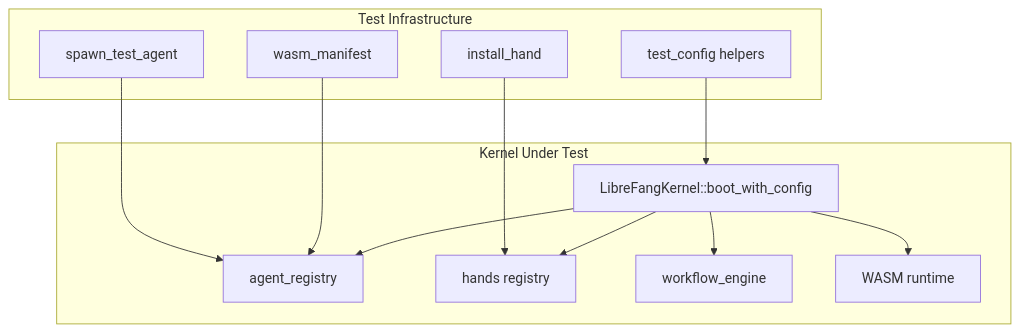
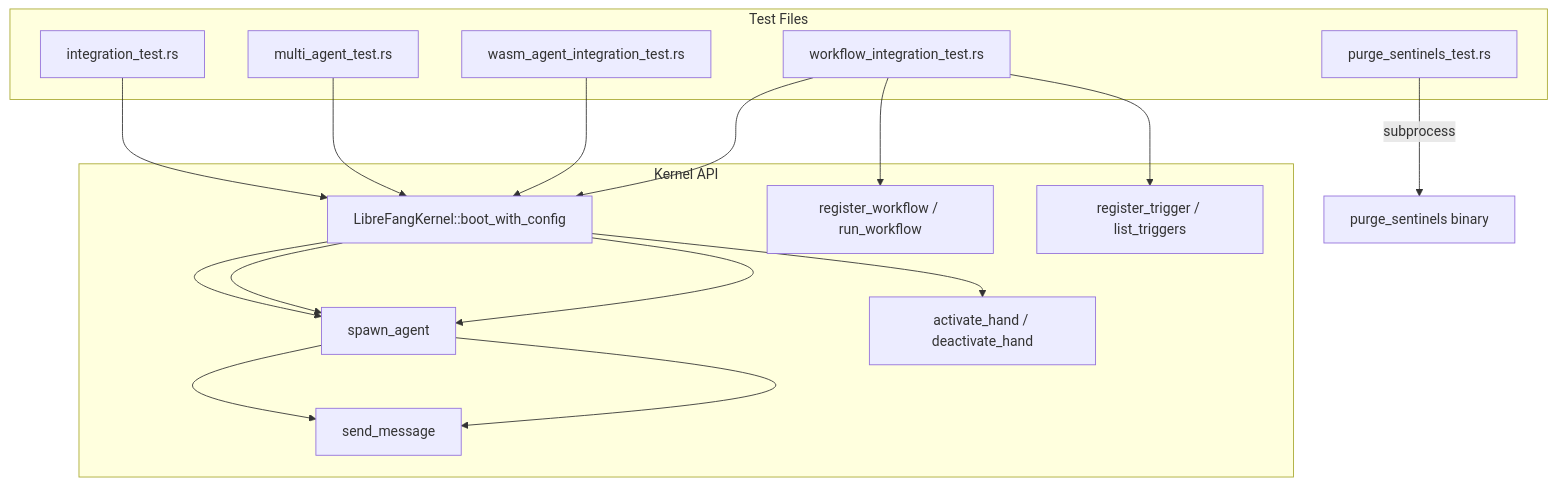
The diagram in other-librefang-kernel-tests.md (leszek3737/librefang-WIki), drawn with Mermaid before and after one commit. The commit also changed other lines of this file and 98 other files, not shown here.

````diff
--- a/other-librefang-kernel-tests.md
+++ b/other-librefang-kernel-tests.md
@@ -33,26 +41,27 @@
 ```mermaid
 graph TD
-    subgraph "Test Infrastructure"
-        TC[test_config helpers]
-        IH[install_hand]
-        WM[wasm_manifest]
-        STA[spawn_test_agent]
+    subgraph Test Files
+        IT[integration_test.rs]
+        MA[multi_agent_test.rs]
+        WA[wasm_agent_integration_test.rs]
+        WF[workflow_integration_test.rs]
+        PS[purge_sentinels_test.rs]
     end
 
-    subgraph "Kernel Under Test"
+    subgraph Kernel API
         KB[LibreFangKernel::boot_with_config]
-        AR[agent_registry]
-        HR[hands registry]
-        WE[workflow_engine]
-        WA[WASM runtime]
+        SA[spawn_agent]
+        SM[send_message]
+        AH[activate_hand / deactivate_hand]
+        RW[register_workflow / run_workflow]
+        RT[register_trigger / list_triggers]
     end
 
-    TC --> KB
-    KB --> AR
-    KB --> HR
-    KB --> WE
-    KB --> WA
-    IH --> HR
-    WM --> AR
-    STA --> AR
+    IT --> KB --> SA --> SM
+    MA --> KB --> AH
+    WA --> KB --> SA --> SM
+    WF --> KB --> SA
+    WF --> RW
+    WF --> RT
+    PS -->|subprocess| BIN[purge_sentinels binary]
 ```
````
